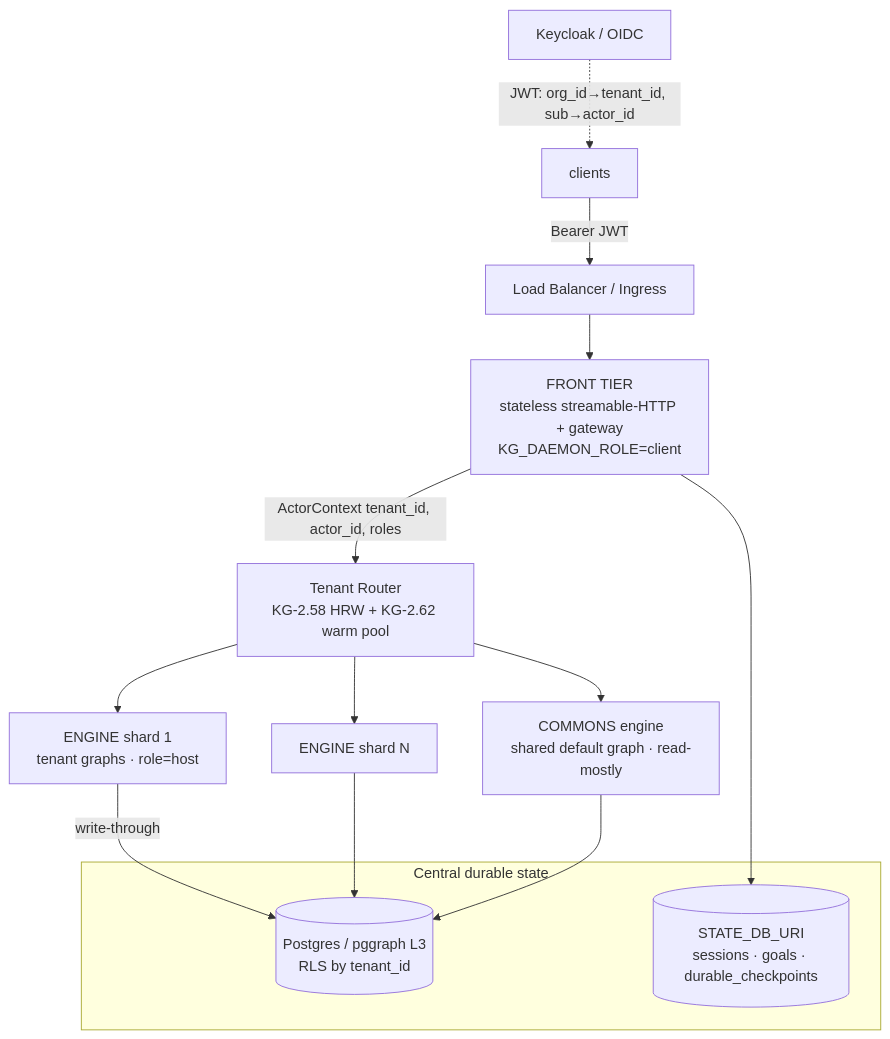
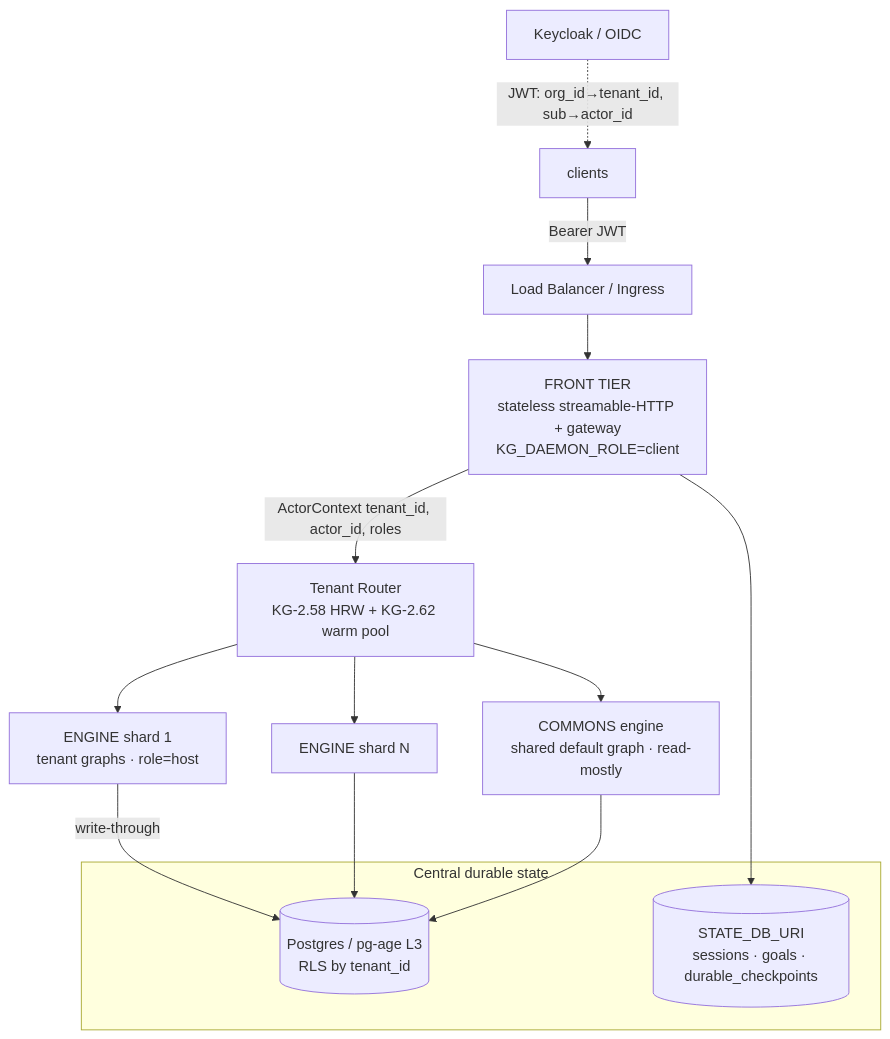
The first of 3 diagrams in docs/architecture/multi_tenant_streamable_http.md (Knuckles-Team/agent-utilities), drawn with Mermaid before and after one commit. The commit also changed other lines of this file and 48 other files, not shown here.

First line of the commit message:
chore: rename pggraph branding -> pg-age (AGE is the durable backend)

````diff
--- a/docs/architecture/multi_tenant_streamable_http.md
+++ b/docs/architecture/multi_tenant_streamable_http.md
@@ -23,18 +23,18 @@
 ```mermaid
 flowchart TD
     KC[Keycloak / OIDC] -.->|JWT: org_id→tenant_id, sub→actor_id| C[clients]
     C -->|Bearer JWT| LB[Load Balancer / Ingress]
-    LB --> F[FRONT TIER<br/>stateless streamable-HTTP + gateway<br/>KG_DAEMON_ROLE=client]
-    F -->|ActorContext tenant_id, actor_id, roles| R[Tenant Router<br/>KG-2.58 HRW + KG-2.62 warm pool]
-    R --> E1[ENGINE shard 1<br/>tenant graphs · role=host]
+    LB --> F["FRONT TIER<br/>stateless streamable-HTTP + gateway<br/>KG_DAEMON_ROLE=client"]
+    F -->|ActorContext tenant_id, actor_id, roles| R["Tenant Router<br/>KG-2.58 HRW + KG-2.62 warm pool"]
+    R --> E1["ENGINE shard 1<br/>tenant graphs · role=host"]
     R --> E2[ENGINE shard N]
-    R --> CM[COMMONS engine<br/>shared default graph · read-mostly]
+    R --> CM["COMMONS engine<br/>shared default graph · read-mostly"]
     E1 -->|write-through| L3
     E2 --> L3
     CM --> L3
     F --> ST
     subgraph DURABLE [Central durable state]
-      L3[(Postgres / pggraph L3<br/>RLS by tenant_id)]
-      ST[(STATE_DB_URI<br/>sessions · goals · durable_checkpoints)]
+      L3[("Postgres / pg-age L3<br/>RLS by tenant_id")]
+      ST[("STATE_DB_URI<br/>sessions · goals · durable_checkpoints")]
     end
 ```
````
